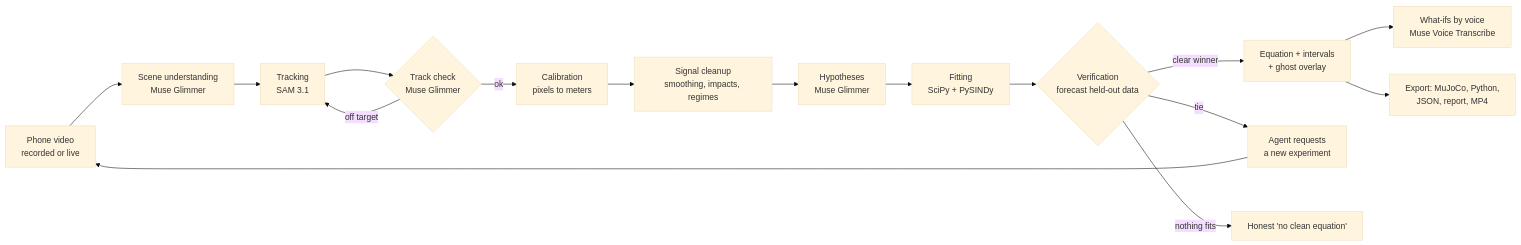
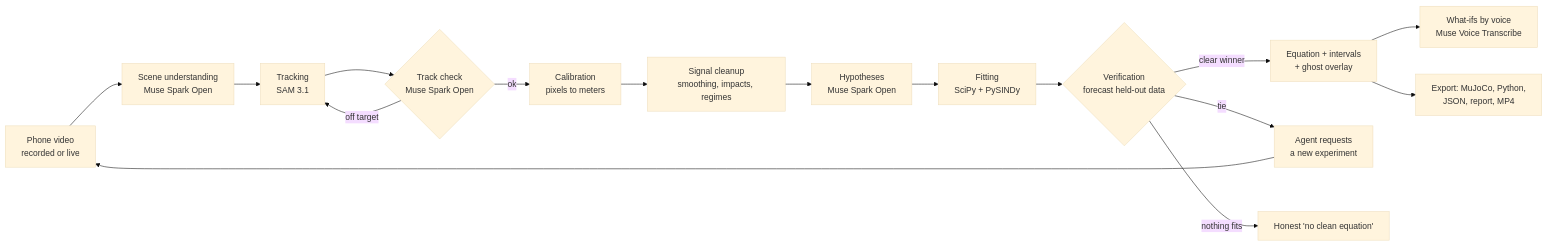
Before and after one commit to Athmeeya2006/Physicslens: the diagram in README.md, drawn with Mermaid (base theme). The commit also changed other lines of this file and 62 other files, not shown here.

````diff
--- a/README.md
+++ b/README.md
@@ -129,18 +146,18 @@
 ```mermaid
 flowchart LR
-    A[Phone video<br/>recorded or live] --> B[Scene understanding<br/>Muse Glimmer]
+    A[Phone video<br/>recorded or live] --> B[Scene understanding<br/>Muse Spark Open]
     B --> C[Tracking<br/>SAM 3.1]
-    C --> C2{Track check<br/>Muse Glimmer}
+    C --> C2{Track check<br/>Muse Spark Open}
     C2 -- off target --> C
     C2 -- ok --> D[Calibration<br/>pixels to meters]
     D --> E[Signal cleanup<br/>smoothing, impacts, regimes]
-    E --> F[Hypotheses<br/>Muse Glimmer]
+    E --> F[Hypotheses<br/>Muse Spark Open]
     F --> G[Fitting<br/>SciPy + PySINDy]
     G --> H{Verification<br/>forecast held-out data}
     H -- clear winner --> I[Equation + intervals<br/>+ ghost overlay]
     H -- tie --> J[Agent requests<br/>a new experiment]
     J --> A
     H -- nothing fits --> K[Honest 'no clean equation']
     I --> L[What-ifs by voice<br/>Muse Voice Transcribe]
     I --> M[Export: MuJoCo, Python,<br/>JSON, report, MP4]
 ```
````
